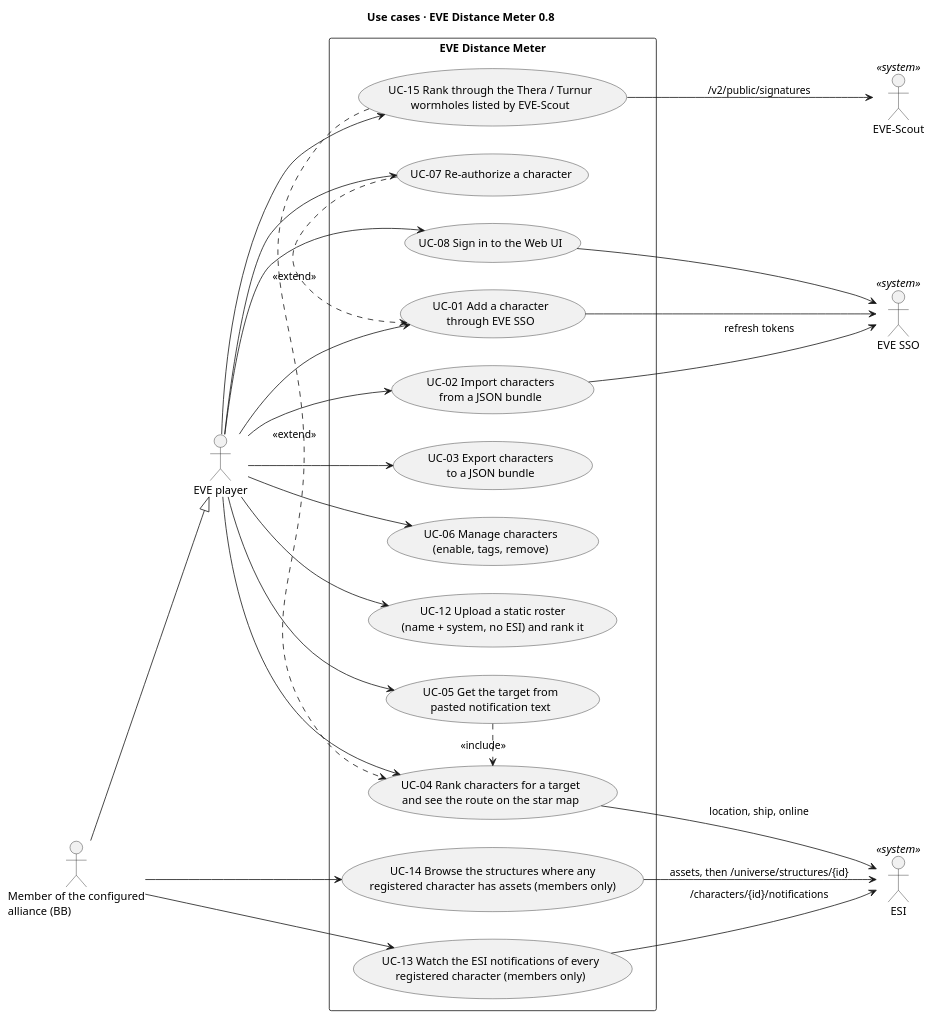
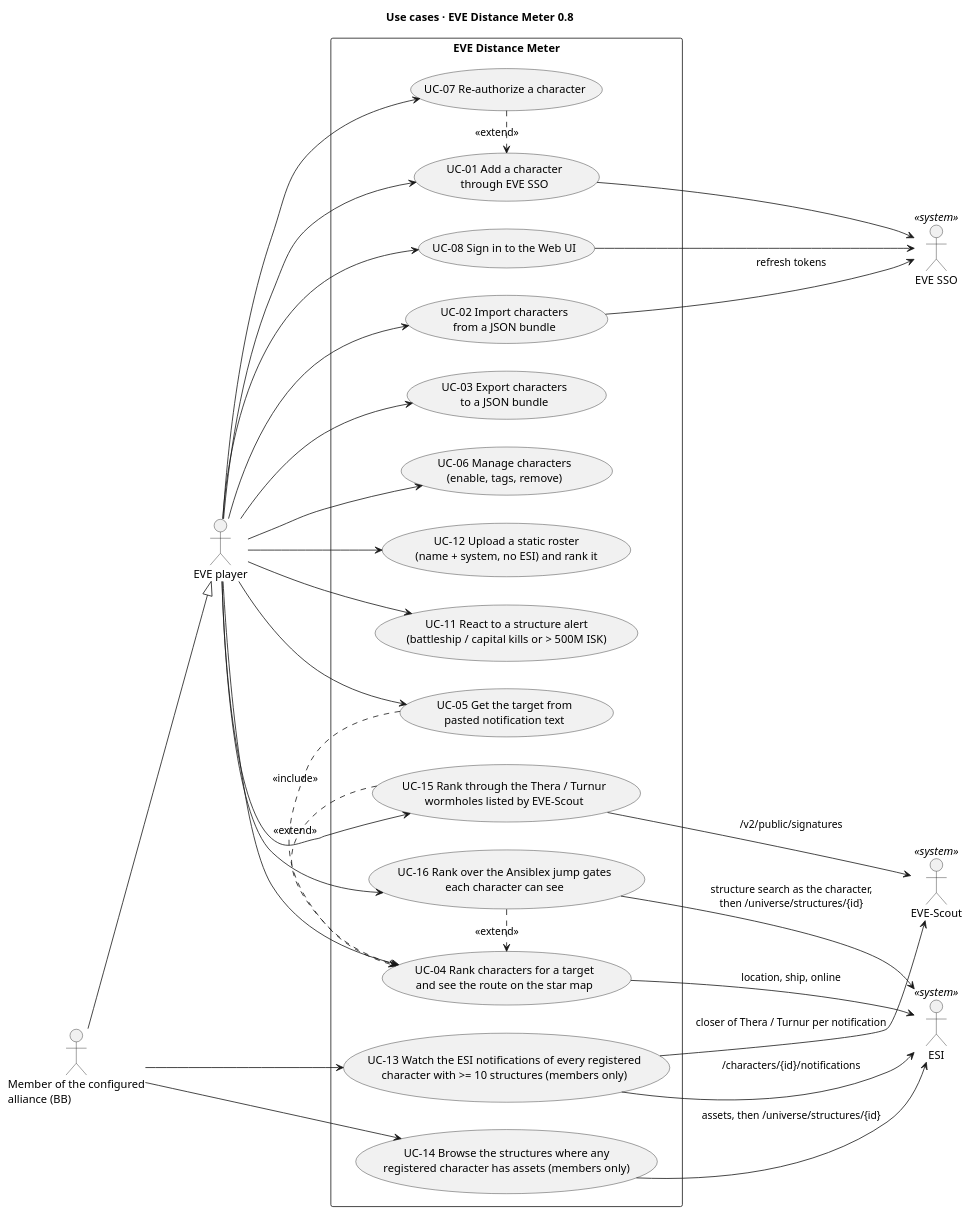
Before and after one commit to Headruner/war-bot-2: the diagram in docs/c4/00-use-cases.puml, drawn with PlantUML. The commit also changed 71 other files, not shown here.

```diff
--- a/docs/c4/00-use-cases.puml
+++ b/docs/c4/00-use-cases.puml
@@ -1,48 +1,55 @@
 @startuml use-cases
 title Use cases · EVE Distance Meter 0.8
 left to right direction
 skinparam shadowing false
 skinparam packageStyle rectangle
 actor "EVE player" as user
 actor "Member of the configured\nalliance (BB)" as bb
 actor "EVE SSO" as sso <<system>>
 actor "ESI" as esi <<system>>
 actor "EVE-Scout" as evs <<system>>
 rectangle "EVE Distance Meter" {
   usecase "UC-08 Sign in to the Web UI" as UC8
   usecase "UC-01 Add a character\nthrough EVE SSO" as UC1
   usecase "UC-07 Re-authorize a character" as UC7
   usecase "UC-02 Import characters\nfrom a JSON bundle" as UC2
   usecase "UC-03 Export characters\nto a JSON bundle" as UC3
   usecase "UC-06 Manage characters\n(enable, tags, remove)" as UC6
   usecase "UC-04 Rank characters for a target\nand see the route on the star map" as UC4
   usecase "UC-05 Get the target from\npasted notification text" as UC5
   usecase "UC-12 Upload a static roster\n(name + system, no ESI) and rank it" as UC12
-  usecase "UC-13 Watch the ESI notifications of every\nregistered character (members only)" as UC13
+  usecase "UC-13 Watch the ESI notifications of every registered\ncharacter with >= 10 structures (members only)" as UC13
   usecase "UC-14 Browse the structures where any\nregistered character has assets (members only)" as UC14
   usecase "UC-15 Rank through the Thera / Turnur\nwormholes listed by EVE-Scout" as UC15
+  usecase "UC-16 Rank over the Ansiblex jump gates\neach character can see" as UC16
+  usecase "UC-11 React to a structure alert\n(battleship / capital kills or > 500M ISK)" as UC11
 }
 bb --|> user
 user --> UC8
 user --> UC1
 user --> UC7
 user --> UC2
 user --> UC3
 user --> UC6
 user --> UC4
 user --> UC5
 user --> UC12
 user --> UC15
+user --> UC16
+user --> UC11
 bb --> UC13
 bb --> UC14
 UC5 .> UC4 : <<include>>
 UC15 .> UC4 : <<extend>>
+UC16 .> UC4 : <<extend>>
 UC7 .> UC1 : <<extend>>
 UC8 --> sso
 UC1 --> sso
 UC2 --> sso : refresh tokens
 UC4 --> esi : location, ship, online
 UC13 --> esi : /characters/{id}/notifications
 UC14 --> esi : assets, then /universe/structures/{id}
 UC15 --> evs : /v2/public/signatures
+UC13 --> evs : closer of Thera / Turnur per notification
+UC16 --> esi : structure search as the character,\nthen /universe/structures/{id}
 @enduml
```
